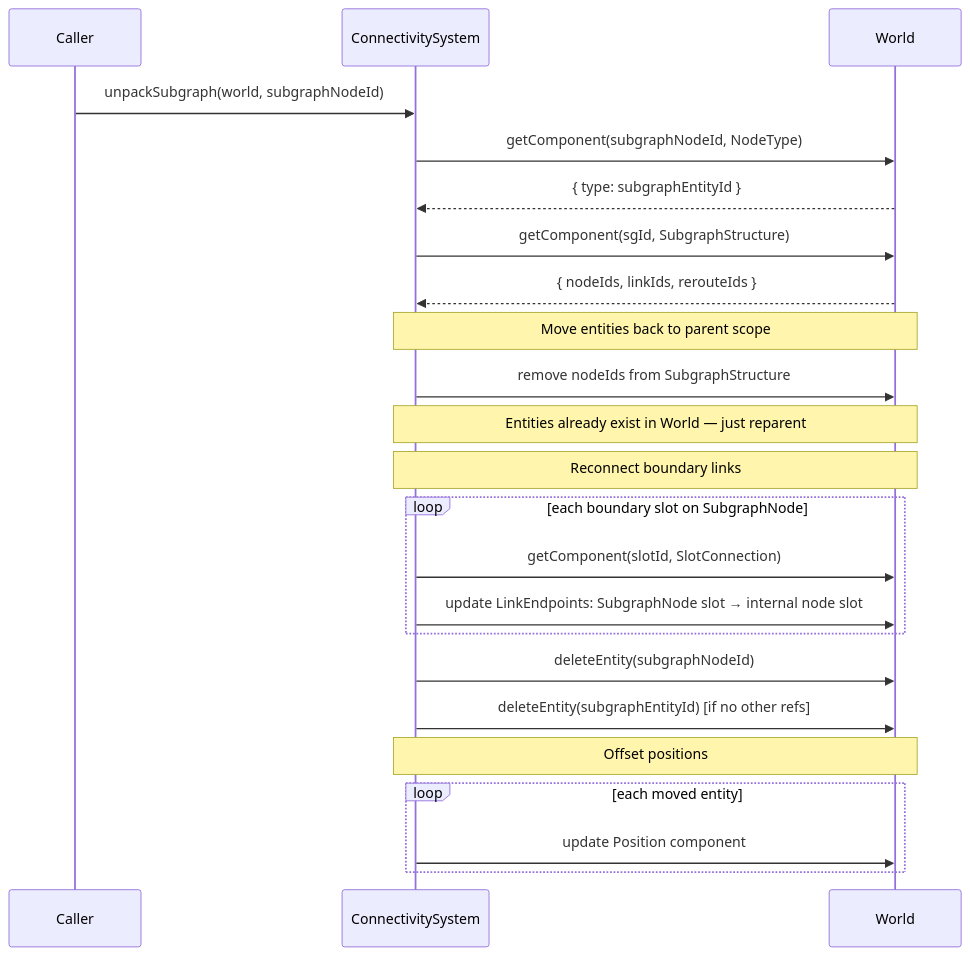
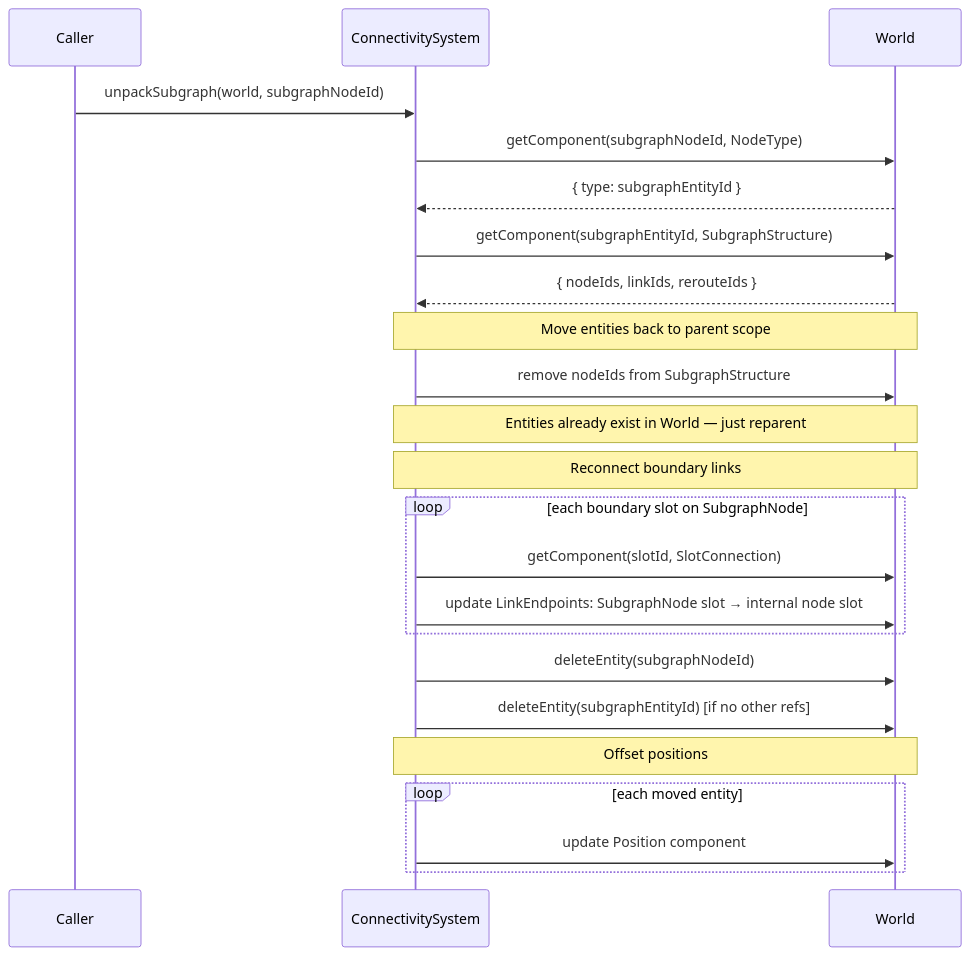
Before and after one commit to Comfy-Org/ComfyUI_frontend: the tenth of 14 diagrams in docs/architecture/ecs-lifecycle-scenarios.md, drawn with Mermaid. The commit also changed other lines of this file and 3 other files, not shown here.

First line of the commit message:
fix: tighten ECS architecture docs and migration gates

````diff
--- a/docs/architecture/ecs-lifecycle-scenarios.md
+++ b/docs/architecture/ecs-lifecycle-scenarios.md
@@ -493,35 +493,35 @@
 ```mermaid
 sequenceDiagram
     participant Caller
     participant CS as ConnectivitySystem
     participant W as World
 
     Caller->>CS: unpackSubgraph(world, subgraphNodeId)
 
     CS->>W: getComponent(subgraphNodeId, NodeType)
     W-->>CS: { type: subgraphEntityId }
 
-    CS->>W: getComponent(sgId, SubgraphStructure)
+    CS->>W: getComponent(subgraphEntityId, SubgraphStructure)
     W-->>CS: { nodeIds, linkIds, rerouteIds }
 
     Note over CS,W: Move entities back to parent scope
 
     CS->>W: remove nodeIds from SubgraphStructure
     Note over CS,W: Entities already exist in World — just reparent
 
     Note over CS,W: Reconnect boundary links
 
     loop each boundary slot on SubgraphNode
         CS->>W: getComponent(slotId, SlotConnection)
         CS->>W: update LinkEndpoints: SubgraphNode slot → internal node slot
     end
 
     CS->>W: deleteEntity(subgraphNodeId)
     CS->>W: deleteEntity(subgraphEntityId) [if no other refs]
 
     Note over CS,W: Offset positions
 
     loop each moved entity
         CS->>W: update Position component
     end
 ```
````
